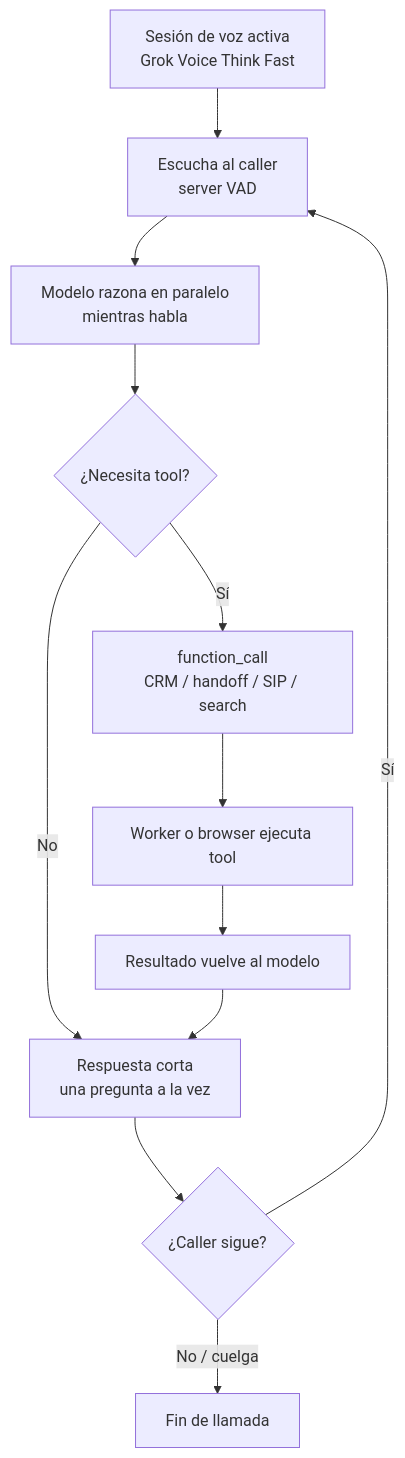
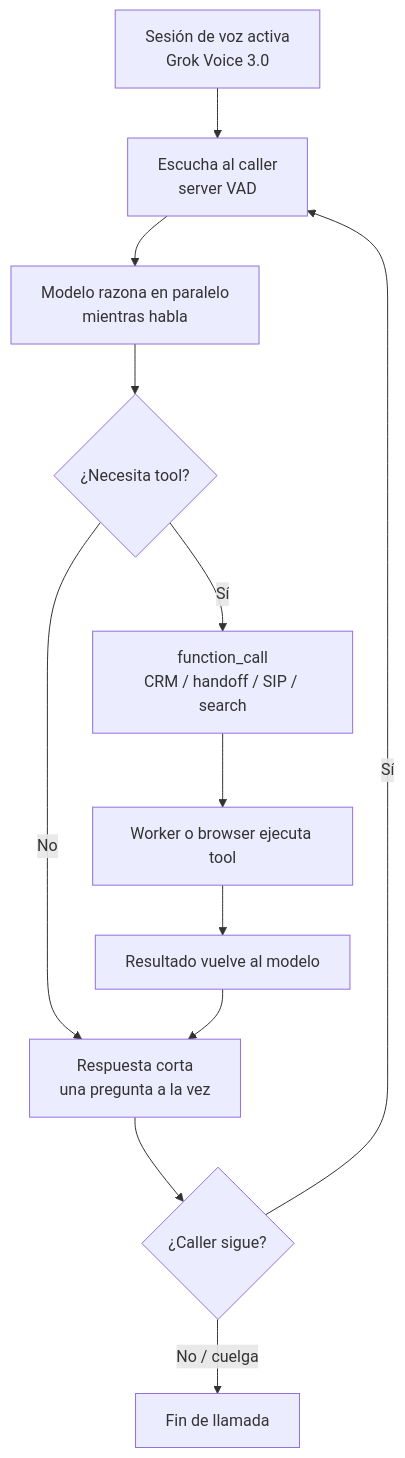
The eighth of 20 diagrams in docs/FLUJOS_OPERATIVOS.md (Zombie10/CallManagement), drawn with Mermaid before and after one commit. The commit also changed other lines of this file and 11 other files, not shown here.

First line of the commit message:
feat: pin realtime voice to grok-voice-3.0

````diff
--- a/docs/FLUJOS_OPERATIVOS.md
+++ b/docs/FLUJOS_OPERATIVOS.md
@@ -263,14 +263,14 @@
 ```mermaid
 flowchart TD
-  A["Sesión de voz activa<br/>Grok Voice Think Fast"] --> B["Escucha al caller<br/>server VAD"]
+  A["Sesión de voz activa<br/>Grok Voice 3.0"] --> B["Escucha al caller<br/>server VAD"]
   B --> C["Modelo razona en paralelo<br/>mientras habla"]
   C --> D{"¿Necesita tool?"}
   D -->|No| E["Respuesta corta<br/>una pregunta a la vez"]
   D -->|Sí| F["function_call<br/>CRM / handoff / SIP / search"]
   F --> G["Worker o browser ejecuta tool"]
   G --> H["Resultado vuelve al modelo"]
   H --> E
   E --> I{"¿Caller sigue?"}
   I -->|Sí| B
   I -->|No / cuelga| J["Fin de llamada"]
 ```
````
